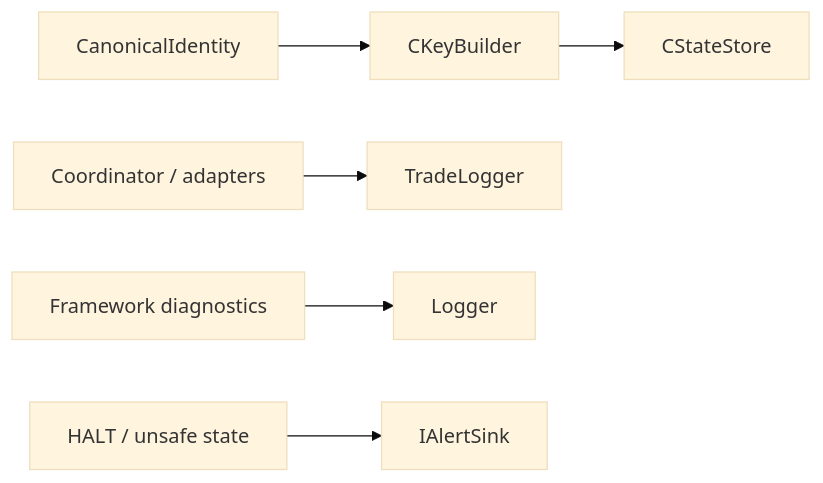
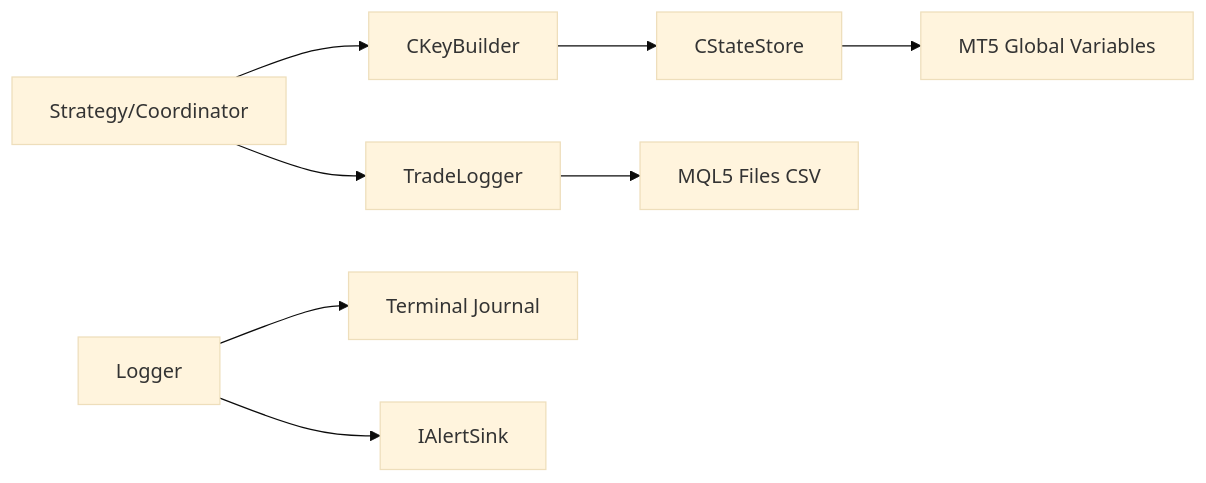
One commit to phbrgnomo/TradeSpine changed the diagram in docs/06_SPEC/SPEC-05_persistence_and_audit_evidence/SPEC-05_persistence_and_audit_evidence.readable.md. Above: the diagram before and after it, drawn with Mermaid (base theme). The commit also changed other lines of this file and 57 other files, not shown here.

````diff
--- a/docs/06_SPEC/SPEC-05_persistence_and_audit_evidence/SPEC-05_persistence_and_audit_evidence.readable.md
+++ b/docs/06_SPEC/SPEC-05_persistence_and_audit_evidence/SPEC-05_persistence_and_audit_evidence.readable.md
@@ -18,8 +21,10 @@
 ```mermaid
 flowchart LR
-  Identity["CanonicalIdentity"] --> Keys["CKeyBuilder"]
-  Keys --> Store["CStateStore"]
-  Coordinator["Coordinator / adapters"] --> TradeLog["TradeLogger"]
-  Framework["Framework diagnostics"] --> Logger["Logger"]
-  State["HALT / unsafe state"] --> Alerts["IAlertSink"]
+  Strategy["Strategy/Coordinator"] --> Key["CKeyBuilder"]
+  Key --> Store["CStateStore"]
+  Store --> GV["MT5 Global Variables"]
+  Strategy --> TradeLog["TradeLogger"]
+  TradeLog --> CSV["MQL5 Files CSV"]
+  Logger["Logger"] --> Journal["Terminal Journal"]
+  Logger --> Alert["IAlertSink"]
 ```
````
